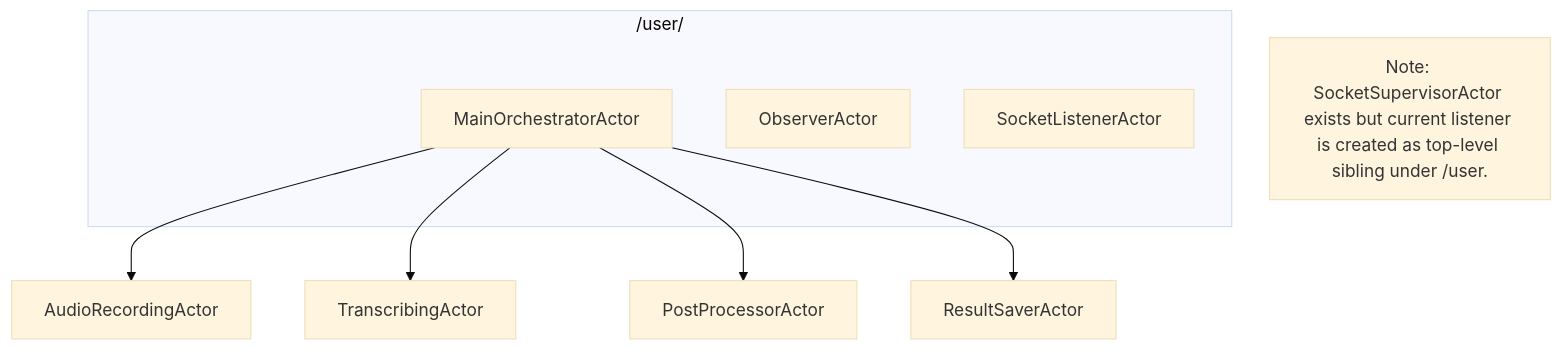
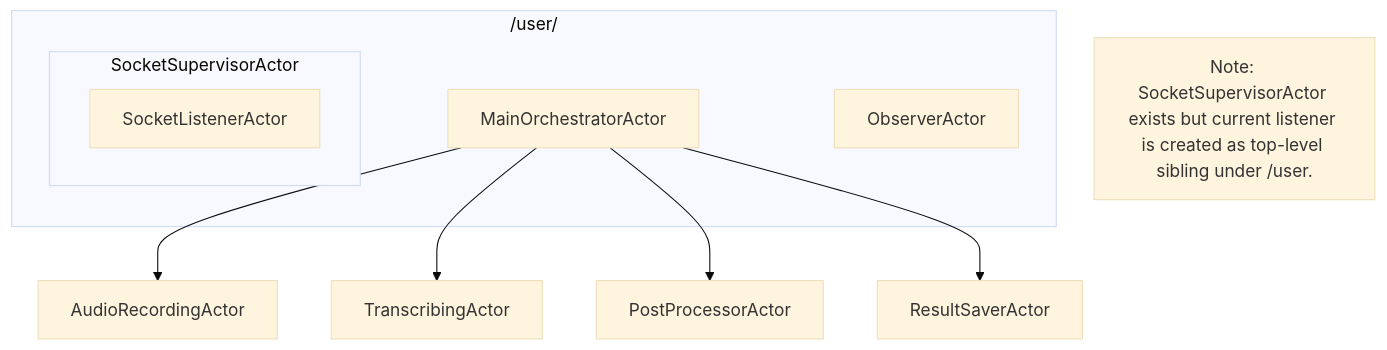
The second of 4 diagrams in readme.md (V0v1kkk/WhisperVoiceInput), drawn with Mermaid (base theme) before and after one commit. The commit also changed other lines of this file, not shown here.

Commit message:
docs: enhance README with error handling details in sequence diagrams

````diff
--- a/readme.md
+++ b/readme.md
@@ -331,15 +331,17 @@
 ```mermaid
 flowchart TD
     subgraph user["/user/"]
       Orchestrator[MainOrchestratorActor]
       Observer[ObserverActor]
-      SocketListener[SocketListenerActor]
+      subgraph SocketSup["SocketSupervisorActor"]
+        SocketListener[SocketListenerActor]
+      end
     end
 
     Orchestrator --> Audio[AudioRecordingActor]
     Orchestrator --> Trans[TranscribingActor]
     Orchestrator --> Post[PostProcessorActor]
     Orchestrator --> Saver[ResultSaverActor]
 
     Note["Note: SocketSupervisorActor exists but current listener is created as top-level sibling under /user."]
 ```
````
